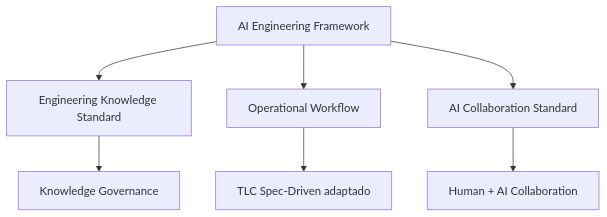
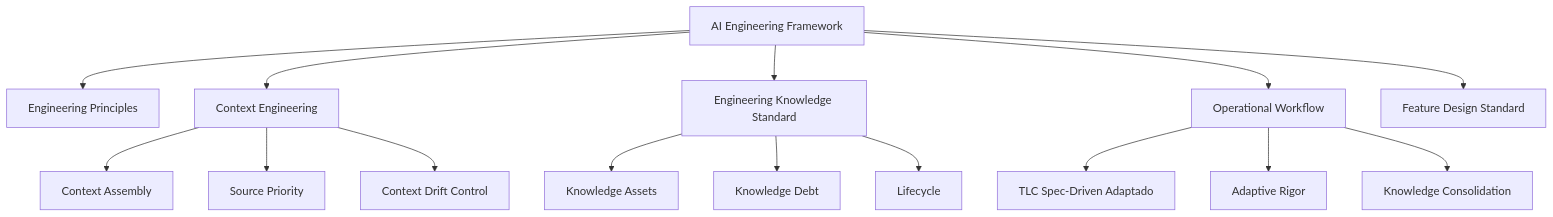
Before and after one commit to ronitavares/engineering-handbook: the diagram in 01-rfcs/RFC-001-ai-engineering-framework.md, drawn with Mermaid. The commit also changed other lines of this file, not shown here.

Commit message:
docs: consolidate AEF v2 framework

````diff
--- a/01-rfcs/RFC-001-ai-engineering-framework.md
+++ b/01-rfcs/RFC-001-ai-engineering-framework.md
@@ -78,9 +37,20 @@
 ```mermaid
 graph TD
-  A[AI Engineering Framework] --> B[Engineering Knowledge Standard]
-  A --> C[Operational Workflow]
-  A --> D[AI Collaboration Standard]
-  B --> E[Knowledge Governance]
-  C --> F[TLC Spec-Driven adaptado]
-  D --> G[Human + AI Collaboration]
+  A[AI Engineering Framework] --> B[Engineering Principles]
+  A --> C[Context Engineering]
+  A --> D[Engineering Knowledge Standard]
+  A --> E[Operational Workflow]
+  A --> F[Feature Design Standard]
+
+  C --> C1[Context Assembly]
+  C --> C2[Source Priority]
+  C --> C3[Context Drift Control]
+
+  D --> D1[Knowledge Assets]
+  D --> D2[Knowledge Debt]
+  D --> D3[Lifecycle]
+
+  E --> E1[TLC Spec-Driven Adaptado]
+  E --> E2[Adaptive Rigor]
+  E --> E3[Knowledge Consolidation]
 ```
````
